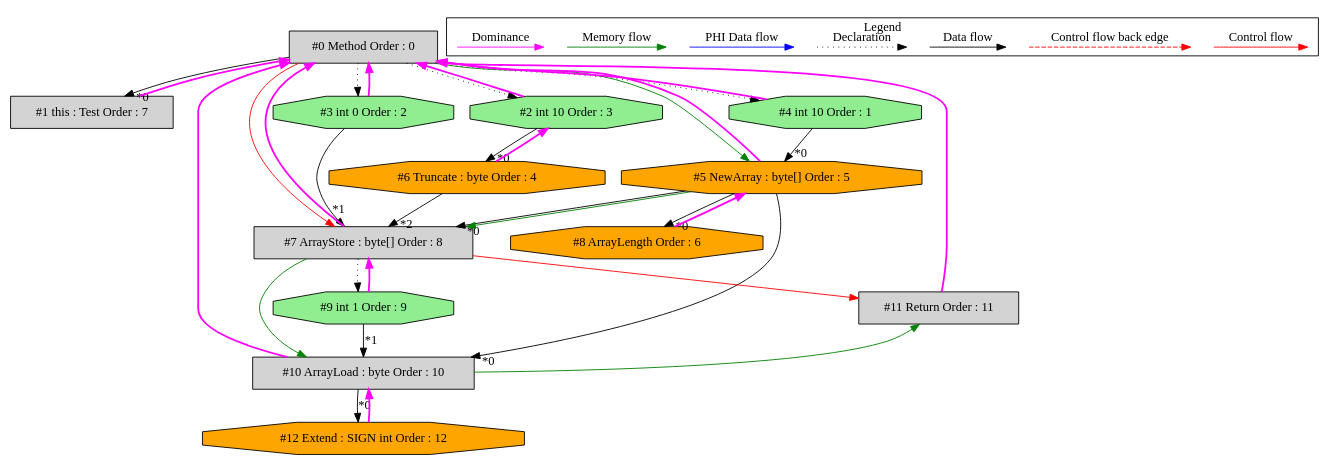
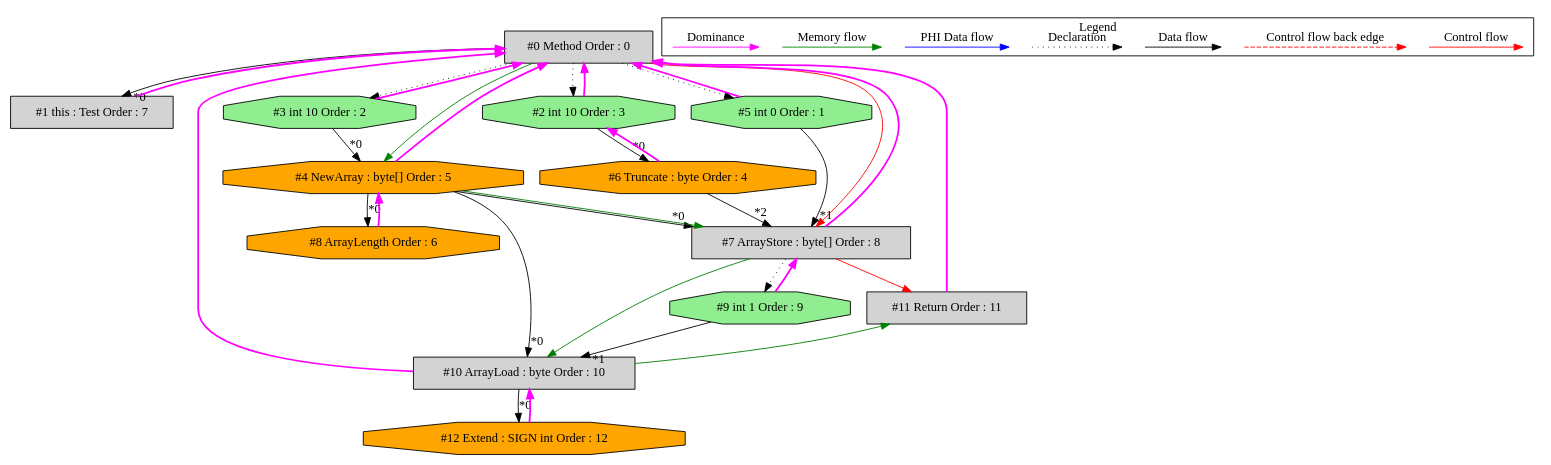
One commit to mirkosertic/MetaIR changed the diagram in de.mirkosertic.metair.ir.OpcodeNEWARRAYTest/test_NEWARRAY_byte/ir_dominatortree.dot. Above: the diagram before and after it, drawn with Graphviz. The commit also changed 1256 other files, not shown here.

```diff
--- a/de.mirkosertic.metair.ir.OpcodeNEWARRAYTest/test_NEWARRAY_byte/ir_dominatortree.dot
+++ b/de.mirkosertic.metair.ir.OpcodeNEWARRAYTest/test_NEWARRAY_byte/ir_dominatortree.dot
@@ -1,77 +1,77 @@
 digraph debugoutput {
  ordering="in";
  node0[label="#0 Method Order : 0",shape=box, fillcolor=lightgrey, style=filled];
  node1[label="#1 this : Test Order : 7",shape=box, fillcolor=lightgrey, style=filled];
  node1 -> node0[dir="forward" color="fuchsia" penwidth="2"];
  node0 -> node1[headlabel="*0", labeldistance=2];
  node2[label="#2 int 10 Order : 3",shape=octagon, fillcolor=lightgreen, style=filled];
  node2 -> node0[dir="forward" color="fuchsia" penwidth="2"];
  node0 -> node2[style=dotted];
- node3[label="#3 int 0 Order : 2",shape=octagon, fillcolor=lightgreen, style=filled];
+ node3[label="#3 int 10 Order : 2",shape=octagon, fillcolor=lightgreen, style=filled];
  node3 -> node0[dir="forward" color="fuchsia" penwidth="2"];
  node0 -> node3[style=dotted];
- node4[label="#4 int 10 Order : 1",shape=octagon, fillcolor=lightgreen, style=filled];
+ node4[label="#4 NewArray : byte[] Order : 5",shape=octagon, fillcolor=orange, style=filled];
  node4 -> node0[dir="forward" color="fuchsia" penwidth="2"];
- node0 -> node4[style=dotted];
- node5[label="#5 NewArray : byte[] Order : 5",shape=octagon, fillcolor=orange, style=filled];
+ node3 -> node4[headlabel="*0", labeldistance=2];
+ node0 -> node4[labeldistance=2, color=green, constraint=false];
+ node5[label="#5 int 0 Order : 1",shape=octagon, fillcolor=lightgreen, style=filled];
  node5 -> node0[dir="forward" color="fuchsia" penwidth="2"];
- node4 -> node5[headlabel="*0", labeldistance=2];
- node0 -> node5[labeldistance=2, color=green, constraint=false];
+ node0 -> node5[style=dotted];
  node6[label="#6 Truncate : byte Order : 4",shape=octagon, fillcolor=orange, style=filled];
  node6 -> node2[dir="forward" color="fuchsia" penwidth="2"];
  node2 -> node6[headlabel="*0", labeldistance=2];
  node7[label="#7 ArrayStore : byte[] Order : 8",shape=box, fillcolor=lightgrey, style=filled];
  node7 -> node0[dir="forward" color="fuchsia" penwidth="2"];
- node5 -> node7[headlabel="*0", labeldistance=2];
- node3 -> node7[headlabel="*1", labeldistance=2];
+ node4 -> node7[headlabel="*0", labeldistance=2];
+ node5 -> node7[headlabel="*1", labeldistance=2];
  node6 -> node7[headlabel="*2", labeldistance=2];
- node5 -> node7[labeldistance=2, color=green, constraint=false];
+ node4 -> node7[labeldistance=2, color=green, constraint=false];
  node0 -> node7[labeldistance=2, color=red, fontcolor=red];
  node8[label="#8 ArrayLength Order : 6",shape=octagon, fillcolor=orange, style=filled];
- node8 -> node5[dir="forward" color="fuchsia" penwidth="2"];
- node5 -> node8[headlabel="*0", labeldistance=2];
+ node8 -> node4[dir="forward" color="fuchsia" penwidth="2"];
+ node4 -> node8[headlabel="*0", labeldistance=2];
  node9[label="#9 int 1 Order : 9",shape=octagon, fillcolor=lightgreen, style=filled];
  node9 -> node7[dir="forward" color="fuchsia" penwidth="2"];
  node7 -> node9[style=dotted];
  node10[label="#10 ArrayLoad : byte Order : 10",shape=box, fillcolor=lightgrey, style=filled];
  node10 -> node0[dir="forward" color="fuchsia" penwidth="2"];
- node5 -> node10[headlabel="*0", labeldistance=2];
+ node4 -> node10[headlabel="*0", labeldistance=2];
  node9 -> node10[headlabel="*1", labeldistance=2];
  node7 -> node10[labeldistance=2, color=green, constraint=false];
  node11[label="#11 Return Order : 11",shape=box, fillcolor=lightgrey, style=filled];
  node11 -> node0[dir="forward" color="fuchsia" penwidth="2"];
  node7 -> node11[labeldistance=2, color=red, fontcolor=red];
  node10 -> node11[labeldistance=2, color=green, constraint=false];
  node12[label="#12 Extend : SIGN int Order : 12",shape=octagon, fillcolor=orange, style=filled];
  node12 -> node10[dir="forward" color="fuchsia" penwidth="2"];
  node10 -> node12[headlabel="*0", labeldistance=2];
  subgraph cluster_000 {
   label = "Legend";
   node [shape=point]
   {
    rank=same;
    c0 [style = invis];
    c1 [style = invis];
    c2 [style = invis];
    c3 [style = invis];
    d0 [style = invis];
    d1 [style = invis];
    d2 [style = invis];
    d3 [style = invis];
    d4 [style = invis];
    d5 [style = invis];
    d6 [style = invis];
    d7 [style = invis];
    d8 [style = invis];
    d9 [style = invis];
   }
   c0 -> c1 [label="Control flow", style=solid, color=red]
   c2 -> c3 [label="Control flow back edge", style=dashed, color=red]
   d0 -> d1 [label="Data flow"]
   d2 -> d3 [label="Declaration", style=dotted]
   d4 -> d5 [label="PHI Data flow", color=blue]
   d6 -> d7 [label="Memory flow", color=green]
   d8 -> d9 [label="Dominance", color=fuchsia, style=solid]
  }
 
 }
```
